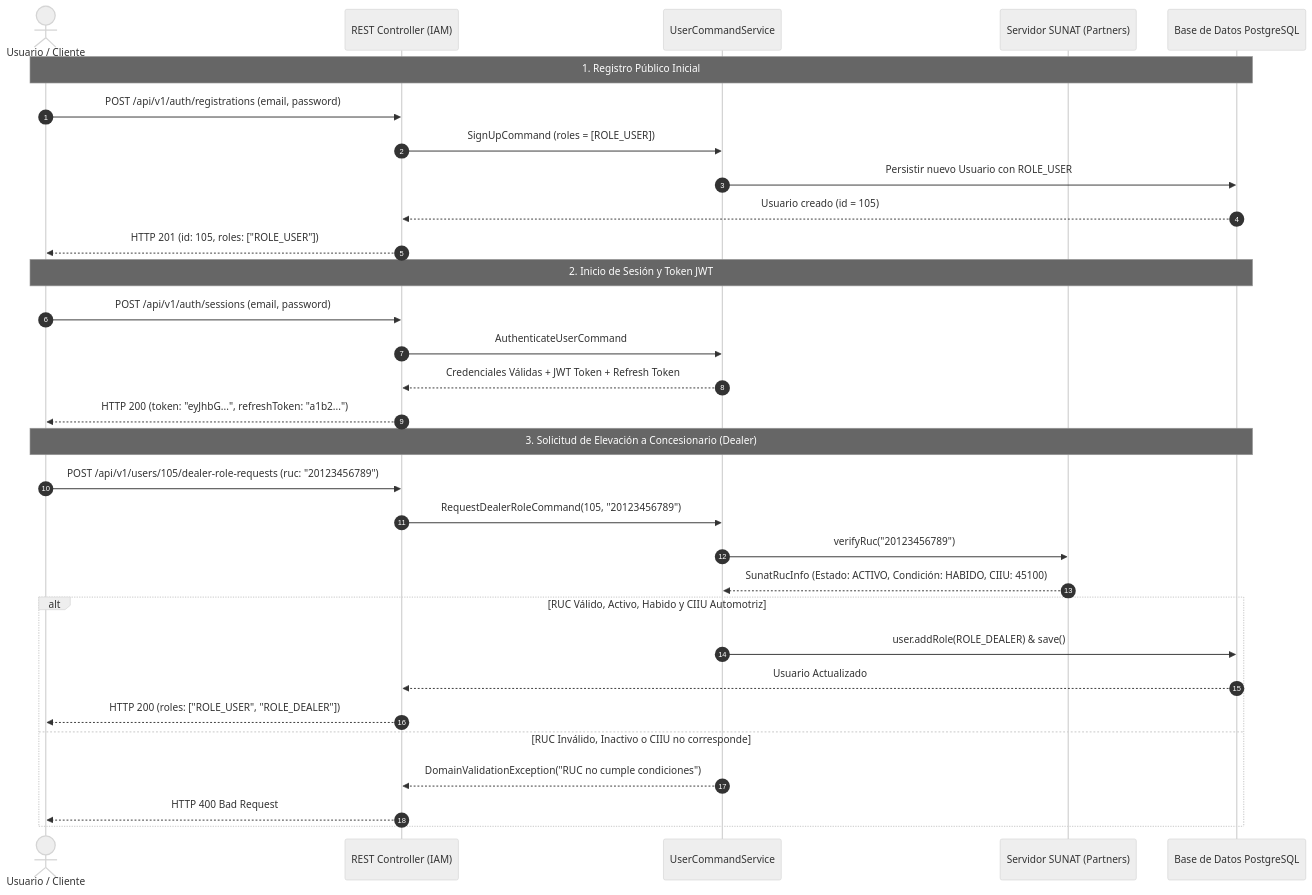
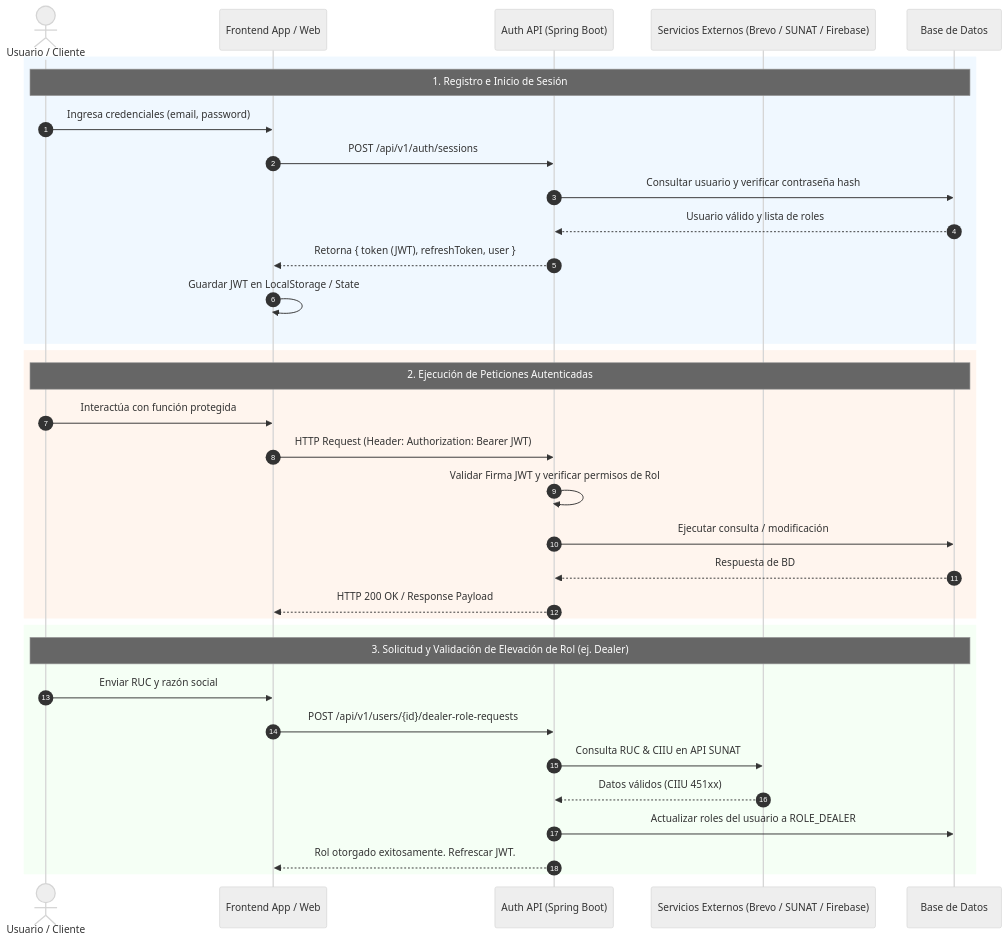
One commit to tux-squad/smartfinance-drive-platform changed the diagram in docs/authentication-flow.md. Above: the diagram before and after it, drawn with Mermaid (neutral theme). The commit also changed other lines of this file, not shown here.

Commit message:
docs: update authentication flow for all user roles and endpoints

````diff
--- a/docs/authentication-flow.md
+++ b/docs/authentication-flow.md
@@ -213,37 +164,39 @@
 ```mermaid
 sequenceDiagram
     autonumber
-    actor U as Usuario / Cliente
-    participant API as REST Controller (IAM)
-    participant SVC as UserCommandService
-    participant SUNAT as Servidor SUNAT (Partners)
-    participant DB as Base de Datos PostgreSQL
+    actor Usuario as Usuario / Cliente
+    participant Frontend as Frontend App / Web
+    participant API as Auth API (Spring Boot)
+    participant Service as Servicios Externos (Brevo / SUNAT / Firebase)
+    participant DB as Base de Datos
 
-    Note over U, DB: 1. Registro Público Inicial
-    U->>API: POST /api/v1/auth/registrations (email, password)
-    API->>SVC: SignUpCommand (roles = [ROLE_USER])
-    SVC->>DB: Persistir nuevo Usuario con ROLE_USER
-    DB-->>API: Usuario creado (id = 105)
-    API-->>U: HTTP 201 (id: 105, roles: ["ROLE_USER"])
+    rect rgb(240, 248, 255)
+    note over Usuario, DB: 1. Registro e Inicio de Sesión
+    Usuario->>Frontend: Ingresa credenciales (email, password)
+    Frontend->>API: POST /api/v1/auth/sessions
+    API->>DB: Consultar usuario y verificar contraseña hash
+    DB-->>API: Usuario válido y lista de roles
+    API-->>Frontend: Retorna { token (JWT), refreshToken, user }
+    Frontend->>Frontend: Guardar JWT en LocalStorage / State
+    end
 
-    Note over U, DB: 2. Inicio de Sesión y Token JWT
-    U->>API: POST /api/v1/auth/sessions (email, password)
-    API->>SVC: AuthenticateUserCommand
-    SVC-->>API: Credenciales Válidas + JWT Token + Refresh Token
-    API-->>U: HTTP 200 (token: "eyJhbG...", refreshToken: "a1b2...")
+    rect rgb(255, 245, 238)
+    note over Usuario, DB: 2. Ejecución de Peticiones Autenticadas
+    Usuario->>Frontend: Interactúa con función protegida
+    Frontend->>API: HTTP Request (Header: Authorization: Bearer JWT)
+    API->>API: Validar Firma JWT y verificar permisos de Rol
+    API->>DB: Ejecutar consulta / modificación
+    DB-->>API: Respuesta de BD
+    API-->>Frontend: HTTP 200 OK / Response Payload
+    end
 
-    Note over U, DB: 3. Solicitud de Elevación a Concesionario (Dealer)
-    U->>API: POST /api/v1/users/105/dealer-role-requests (ruc: "20123456789")
-    API->>SVC: RequestDealerRoleCommand(105, "20123456789")
-    SVC->>SUNAT: verifyRuc("20123456789")
-    SUNAT-->>SVC: SunatRucInfo (Estado: ACTIVO, Condición: HABIDO, CIIU: 45100)
-    
-    alt RUC Válido, Activo, Habido y CIIU Automotriz
-        SVC->>DB: user.addRole(ROLE_DEALER) & save()
-        DB-->>API: Usuario Actualizado
-        API-->>U: HTTP 200 (roles: ["ROLE_USER", "ROLE_DEALER"])
-    else RUC Inválido, Inactivo o CIIU no corresponde
-        SVC-->>API: DomainValidationException("RUC no cumple condiciones")
-        API-->>U: HTTP 400 Bad Request
+    rect rgb(245, 255, 245)
+    note over Usuario, DB: 3. Solicitud y Validación de Elevación de Rol (ej. Dealer)
+    Usuario->>Frontend: Enviar RUC y razón social
+    Frontend->>API: POST /api/v1/users/{id}/dealer-role-requests
+    API->>Service: Consulta RUC & CIIU en API SUNAT
+    Service-->>API: Datos válidos (CIIU 451xx)
+    API->>DB: Actualizar roles del usuario a ROLE_DEALER
+    API-->>Frontend: Rol otorgado exitosamente. Refrescar JWT.
     end
 ```
````
